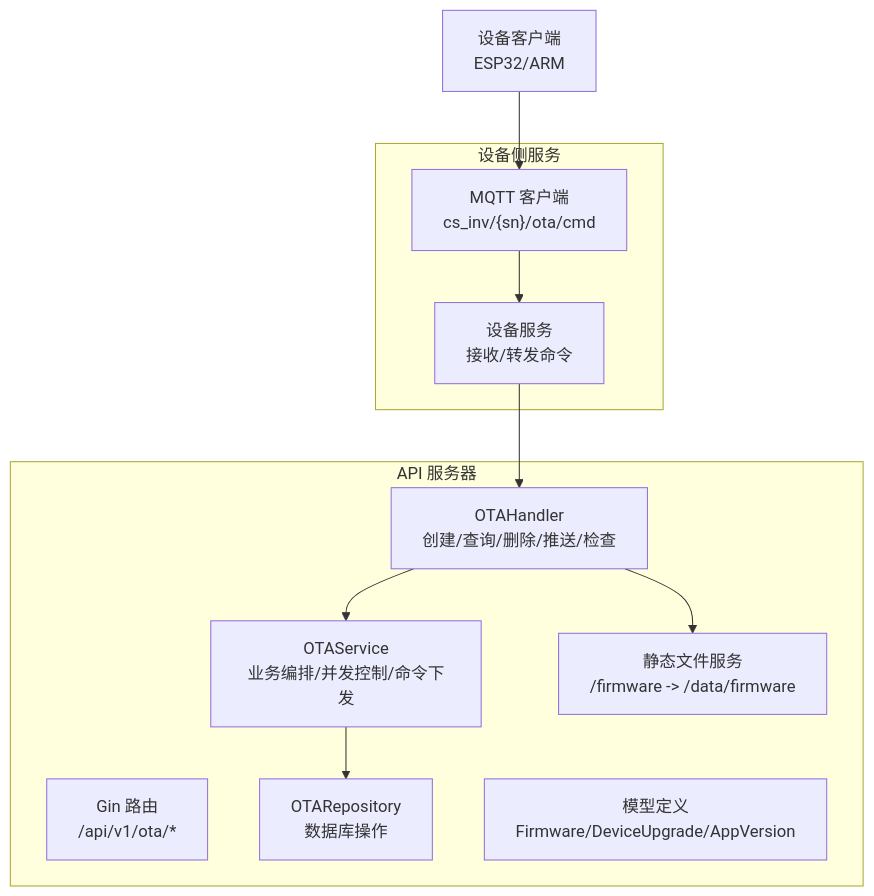
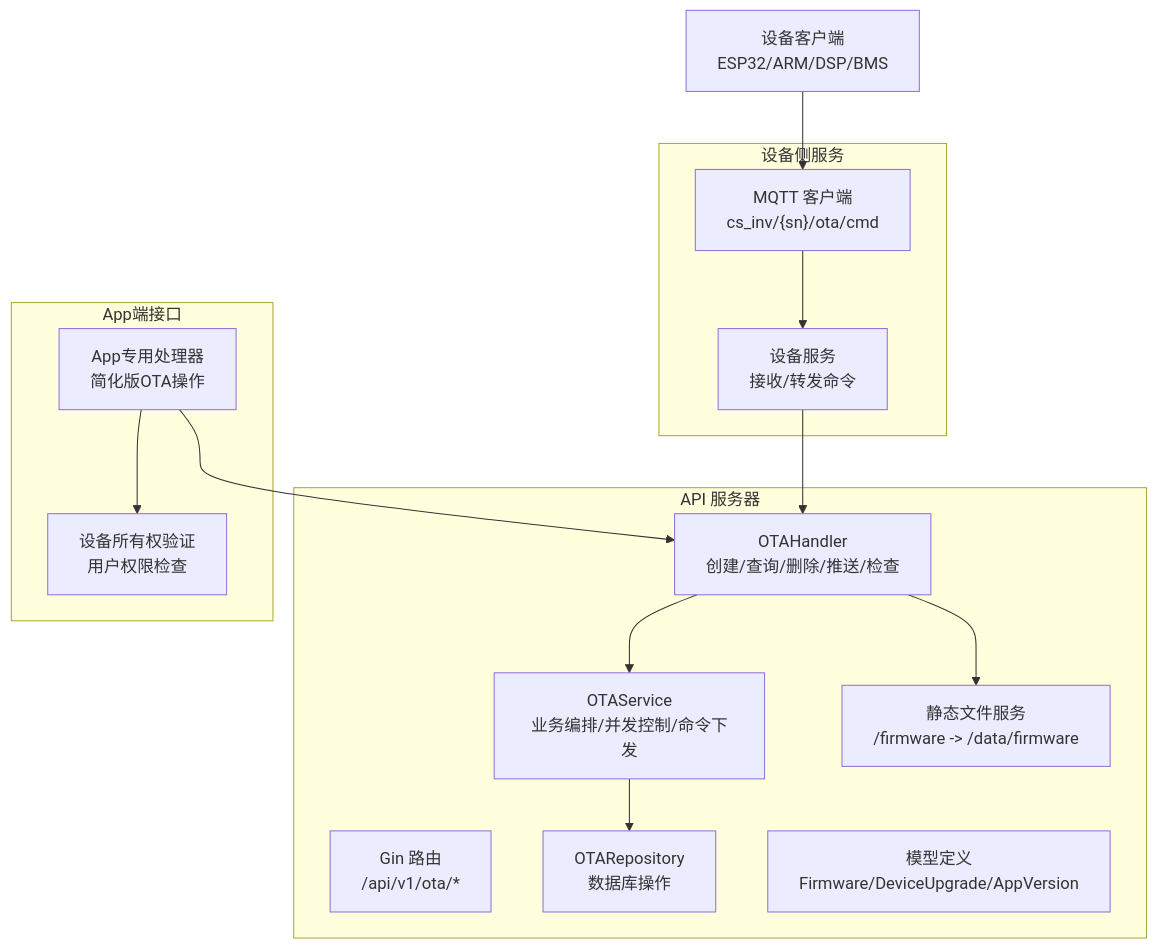
One commit to mcmrzy/cs_inv_monitor-develop changed the first of 5 diagrams in .qoder/repowiki/zh/content/OTA升级系统/固件管理.md. Above: the diagram before and after it, drawn with Mermaid. The commit also changed other lines of this file and 12 other files, not shown here.

````diff
--- a/.qoder/repowiki/zh/content/OTA升级系统/固件管理.md
+++ b/.qoder/repowiki/zh/content/OTA升级系统/固件管理.md
@@ -34,21 +44,27 @@
 ```mermaid
 graph TB
 subgraph "API 服务器"
 Router["Gin 路由<br/>/api/v1/ota/*"]
 Handler["OTAHandler<br/>创建/查询/删除/推送/检查"]
 Service["OTAService<br/>业务编排/并发控制/命令下发"]
 Repo["OTARepository<br/>数据库操作"]
 Model["模型定义<br/>Firmware/DeviceUpgrade/AppVersion"]
 Static["静态文件服务<br/>/firmware -> /data/firmware"]
 end
 subgraph "设备侧服务"
 DevMQTT["MQTT 客户端<br/>cs_inv/{sn}/ota/cmd"]
 DevServer["设备服务<br/>接收/转发命令"]
 end
-Client["设备客户端<br/>ESP32/ARM"] --> DevMQTT
+subgraph "App端接口"
+AppHandler["App专用处理器<br/>简化版OTA操作"]
+Security["设备所有权验证<br/>用户权限检查"]
+end
+Client["设备客户端<br/>ESP32/ARM/DSP/BMS"] --> DevMQTT
 DevMQTT --> DevServer
 DevServer --> Handler
 Handler --> Service
 Service --> Repo
 Handler --> Static
+AppHandler --> Security
+AppHandler --> Handler
 ```
````
